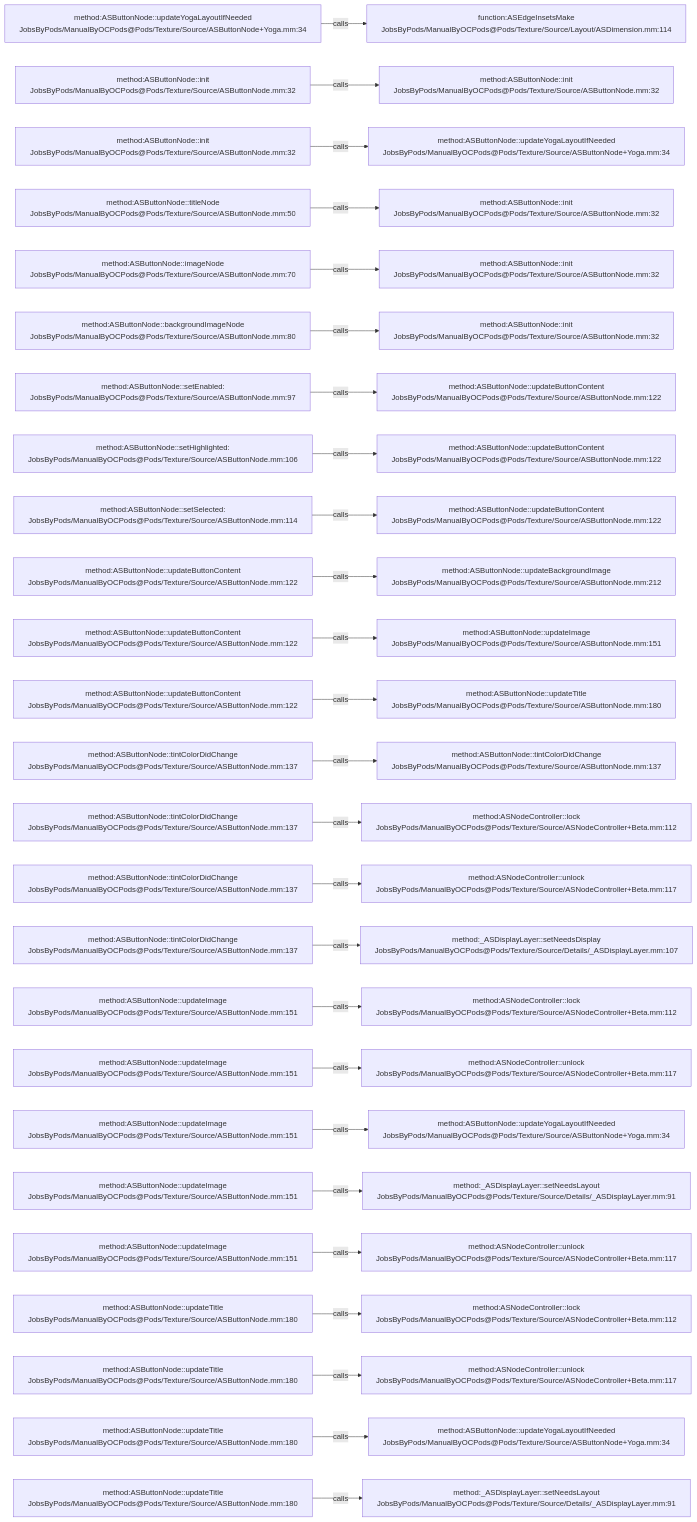
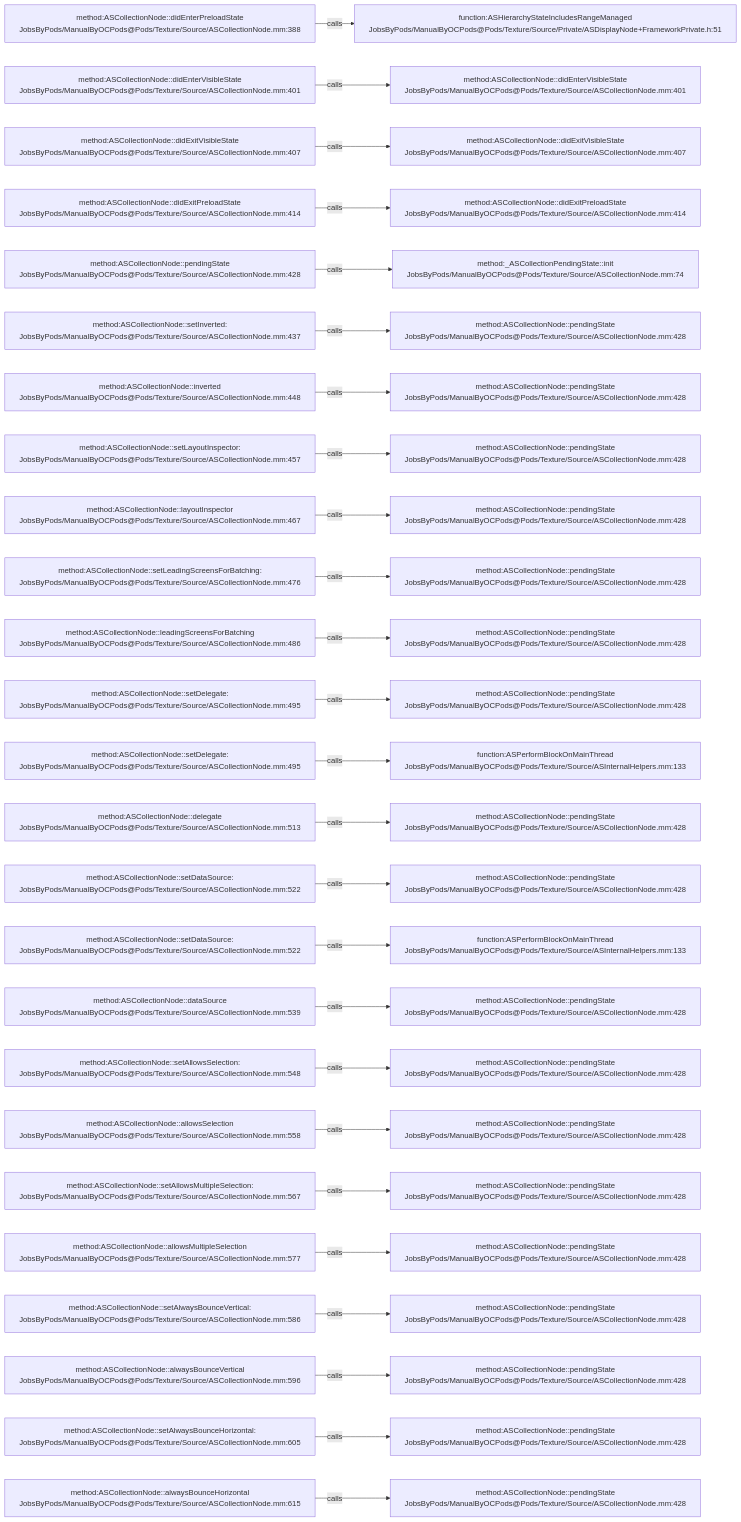
Before and after one commit to JobsKits/JobsOCBaseConfigDemo: the diagram in .codegraph/codegraph.md/graphs/calls-069.md, drawn with Mermaid. The commit also changed 1448 other files, not shown here.

````diff
--- a/.codegraph/codegraph.md/graphs/calls-069.md
+++ b/.codegraph/codegraph.md/graphs/calls-069.md
@@ -13,78 +13,78 @@
 ```mermaid
 flowchart LR
-  S1["method:ASButtonNode::updateYogaLayoutIfNeeded<br/>JobsByPods/ManualByOCPods@Pods/Texture/Source/ASButtonNode+Yoga.mm:34"]
-  T1["function:ASEdgeInsetsMake<br/>JobsByPods/ManualByOCPods@Pods/Texture/Source/Layout/ASDimension.mm:114"]
+  S1["method:ASCollectionNode::didEnterPreloadState<br/>JobsByPods/ManualByOCPods@Pods/Texture/Source/ASCollectionNode.mm:388"]
+  T1["function:ASHierarchyStateIncludesRangeManaged<br/>JobsByPods/ManualByOCPods@Pods/Texture/Source/Private/ASDisplayNode+FrameworkPrivate.h:51"]
   S1 -->|calls| T1
-  S2["method:ASButtonNode::init<br/>JobsByPods/ManualByOCPods@Pods/Texture/Source/ASButtonNode.mm:32"]
-  T2["method:ASButtonNode::init<br/>JobsByPods/ManualByOCPods@Pods/Texture/Source/ASButtonNode.mm:32"]
+  S2["method:ASCollectionNode::didEnterVisibleState<br/>JobsByPods/ManualByOCPods@Pods/Texture/Source/ASCollectionNode.mm:401"]
+  T2["method:ASCollectionNode::didEnterVisibleState<br/>JobsByPods/ManualByOCPods@Pods/Texture/Source/ASCollectionNode.mm:401"]
   S2 -->|calls| T2
-  S3["method:ASButtonNode::init<br/>JobsByPods/ManualByOCPods@Pods/Texture/Source/ASButtonNode.mm:32"]
-  T3["method:ASButtonNode::updateYogaLayoutIfNeeded<br/>JobsByPods/ManualByOCPods@Pods/Texture/Source/ASButtonNode+Yoga.mm:34"]
+  S3["method:ASCollectionNode::didExitVisibleState<br/>JobsByPods/ManualByOCPods@Pods/Texture/Source/ASCollectionNode.mm:407"]
+  T3["method:ASCollectionNode::didExitVisibleState<br/>JobsByPods/ManualByOCPods@Pods/Texture/Source/ASCollectionNode.mm:407"]
   S3 -->|calls| T3
-  S4["method:ASButtonNode::titleNode<br/>JobsByPods/ManualByOCPods@Pods/Texture/Source/ASButtonNode.mm:50"]
-  T4["method:ASButtonNode::init<br/>JobsByPods/ManualByOCPods@Pods/Texture/Source/ASButtonNode.mm:32"]
+  S4["method:ASCollectionNode::didExitPreloadState<br/>JobsByPods/ManualByOCPods@Pods/Texture/Source/ASCollectionNode.mm:414"]
+  T4["method:ASCollectionNode::didExitPreloadState<br/>JobsByPods/ManualByOCPods@Pods/Texture/Source/ASCollectionNode.mm:414"]
   S4 -->|calls| T4
-  S5["method:ASButtonNode::imageNode<br/>JobsByPods/ManualByOCPods@Pods/Texture/Source/ASButtonNode.mm:70"]
-  T5["method:ASButtonNode::init<br/>JobsByPods/ManualByOCPods@Pods/Texture/Source/ASButtonNode.mm:32"]
+  S5["method:ASCollectionNode::pendingState<br/>JobsByPods/ManualByOCPods@Pods/Texture/Source/ASCollectionNode.mm:428"]
+  T5["method:_ASCollectionPendingState::init<br/>JobsByPods/ManualByOCPods@Pods/Texture/Source/ASCollectionNode.mm:74"]
   S5 -->|calls| T5
-  S6["method:ASButtonNode::backgroundImageNode<br/>JobsByPods/ManualByOCPods@Pods/Texture/Source/ASButtonNode.mm:80"]
-  T6["method:ASButtonNode::init<br/>JobsByPods/ManualByOCPods@Pods/Texture/Source/ASButtonNode.mm:32"]
+  S6["method:ASCollectionNode::setInverted:<br/>JobsByPods/ManualByOCPods@Pods/Texture/Source/ASCollectionNode.mm:437"]
+  T6["method:ASCollectionNode::pendingState<br/>JobsByPods/ManualByOCPods@Pods/Texture/Source/ASCollectionNode.mm:428"]
   S6 -->|calls| T6
-  S7["method:ASButtonNode::setEnabled:<br/>JobsByPods/ManualByOCPods@Pods/Texture/Source/ASButtonNode.mm:97"]
-  T7["method:ASButtonNode::updateButtonContent<br/>JobsByPods/ManualByOCPods@Pods/Texture/Source/ASButtonNode.mm:122"]
+  S7["method:ASCollectionNode::inverted<br/>JobsByPods/ManualByOCPods@Pods/Texture/Source/ASCollectionNode.mm:448"]
+  T7["method:ASCollectionNode::pendingState<br/>JobsByPods/ManualByOCPods@Pods/Texture/Source/ASCollectionNode.mm:428"]
   S7 -->|calls| T7
-  S8["method:ASButtonNode::setHighlighted:<br/>JobsByPods/ManualByOCPods@Pods/Texture/Source/ASButtonNode.mm:106"]
-  T8["method:ASButtonNode::updateButtonContent<br/>JobsByPods/ManualByOCPods@Pods/Texture/Source/ASButtonNode.mm:122"]
+  S8["method:ASCollectionNode::setLayoutInspector:<br/>JobsByPods/ManualByOCPods@Pods/Texture/Source/ASCollectionNode.mm:457"]
+  T8["method:ASCollectionNode::pendingState<br/>JobsByPods/ManualByOCPods@Pods/Texture/Source/ASCollectionNode.mm:428"]
   S8 -->|calls| T8
-  S9["method:ASButtonNode::setSelected:<br/>JobsByPods/ManualByOCPods@Pods/Texture/Source/ASButtonNode.mm:114"]
-  T9["method:ASButtonNode::updateButtonContent<br/>JobsByPods/ManualByOCPods@Pods/Texture/Source/ASButtonNode.mm:122"]
+  S9["method:ASCollectionNode::layoutInspector<br/>JobsByPods/ManualByOCPods@Pods/Texture/Source/ASCollectionNode.mm:467"]
+  T9["method:ASCollectionNode::pendingState<br/>JobsByPods/ManualByOCPods@Pods/Texture/Source/ASCollectionNode.mm:428"]
   S9 -->|calls| T9
-  S10["method:ASButtonNode::updateButtonContent<br/>JobsByPods/ManualByOCPods@Pods/Texture/Source/ASButtonNode.mm:122"]
-  T10["method:ASButtonNode::updateBackgroundImage<br/>JobsByPods/ManualByOCPods@Pods/Texture/Source/ASButtonNode.mm:212"]
+  S10["method:ASCollectionNode::setLeadingScreensForBatching:<br/>JobsByPods/ManualByOCPods@Pods/Texture/Source/ASCollectionNode.mm:476"]
+  T10["method:ASCollectionNode::pendingState<br/>JobsByPods/ManualByOCPods@Pods/Texture/Source/ASCollectionNode.mm:428"]
   S10 -->|calls| T10
-  S11["method:ASButtonNode::updateButtonContent<br/>JobsByPods/ManualByOCPods@Pods/Texture/Source/ASButtonNode.mm:122"]
-  T11["method:ASButtonNode::updateImage<br/>JobsByPods/ManualByOCPods@Pods/Texture/Source/ASButtonNode.mm:151"]
+  S11["method:ASCollectionNode::leadingScreensForBatching<br/>JobsByPods/ManualByOCPods@Pods/Texture/Source/ASCollectionNode.mm:486"]
+  T11["method:ASCollectionNode::pendingState<br/>JobsByPods/ManualByOCPods@Pods/Texture/Source/ASCollectionNode.mm:428"]
   S11 -->|calls| T11
-  S12["method:ASButtonNode::updateButtonContent<br/>JobsByPods/ManualByOCPods@Pods/Texture/Source/ASButtonNode.mm:122"]
-  T12["method:ASButtonNode::updateTitle<br/>JobsByPods/ManualByOCPods@Pods/Texture/Source/ASButtonNode.mm:180"]
+  S12["method:ASCollectionNode::setDelegate:<br/>JobsByPods/ManualByOCPods@Pods/Texture/Source/ASCollectionNode.mm:495"]
+  T12["method:ASCollectionNode::pendingState<br/>JobsByPods/ManualByOCPods@Pods/Texture/Source/ASCollectionNode.mm:428"]
   S12 -->|calls| T12
-  S13["method:ASButtonNode::tintColorDidChange<br/>JobsByPods/ManualByOCPods@Pods/Texture/Source/ASButtonNode.mm:137"]
-  T13["method:ASButtonNode::tintColorDidChange<br/>JobsByPods/ManualByOCPods@Pods/Texture/Source/ASButtonNode.mm:137"]
+  S13["method:ASCollectionNode::setDelegate:<br/>JobsByPods/ManualByOCPods@Pods/Texture/Source/ASCollectionNode.mm:495"]
+  T13["function:ASPerformBlockOnMainThread<br/>JobsByPods/ManualByOCPods@Pods/Texture/Source/ASInternalHelpers.mm:133"]
   S13 -->|calls| T13
-  S14["method:ASButtonNode::tintColorDidChange<br/>JobsByPods/ManualByOCPods@Pods/Texture/Source/ASButtonNode.mm:137"]
-  T14["method:ASNodeController::lock<br/>JobsByPods/ManualByOCPods@Pods/Texture/Source/ASNodeController+Beta.mm:112"]
+  S14["method:ASCollectionNode::delegate<br/>JobsByPods/ManualByOCPods@Pods/Texture/Source/ASCollectionNode.mm:513"]
+  T14["method:ASCollectionNode::pendingState<br/>JobsByPods/ManualByOCPods@Pods/Texture/Source/ASCollectionNode.mm:428"]
   S14 -->|calls| T14
-  S15["method:ASButtonNode::tintColorDidChange<br/>JobsByPods/ManualByOCPods@Pods/Texture/Source/ASButtonNode.mm:137"]
-  T15["method:ASNodeController::unlock<br/>JobsByPods/ManualByOCPods@Pods/Texture/Source/ASNodeController+Beta.mm:117"]
+  S15["method:ASCollectionNode::setDataSource:<br/>JobsByPods/ManualByOCPods@Pods/Texture/Source/ASCollectionNode.mm:522"]
+  T15["method:ASCollectionNode::pendingState<br/>JobsByPods/ManualByOCPods@Pods/Texture/Source/ASCollectionNode.mm:428"]
   S15 -->|calls| T15
-  S16["method:ASButtonNode::tintColorDidChange<br/>JobsByPods/ManualByOCPods@Pods/Texture/Source/ASButtonNode.mm:137"]
-  T16["method:_ASDisplayLayer::setNeedsDisplay<br/>JobsByPods/ManualByOCPods@Pods/Texture/Source/Details/_ASDisplayLayer.mm:107"]
+  S16["method:ASCollectionNode::setDataSource:<br/>JobsByPods/ManualByOCPods@Pods/Texture/Source/ASCollectionNode.mm:522"]
+  T16["function:ASPerformBlockOnMainThread<br/>JobsByPods/ManualByOCPods@Pods/Texture/Source/ASInternalHelpers.mm:133"]
   S16 -->|calls| T16
-  S17["method:ASButtonNode::updateImage<br/>JobsByPods/ManualByOCPods@Pods/Texture/Source/ASButtonNode.mm:151"]
-  T17["method:ASNodeController::lock<br/>JobsByPods/ManualByOCPods@Pods/Texture/Source/ASNodeController+Beta.mm:112"]
+  S17["method:ASCollectionNode::dataSource<br/>JobsByPods/ManualByOCPods@Pods/Texture/Source/ASCollectionNode.mm:539"]
+  T17["method:ASCollectionNode::pendingState<br/>JobsByPods/ManualByOCPods@Pods/Texture/Source/ASCollectionNode.mm:428"]
   S17 -->|calls| T17
-  S18["method:ASButtonNode::updateImage<br/>JobsByPods/ManualByOCPods@Pods/Texture/Source/ASButtonNode.mm:151"]
-  T18["method:ASNodeController::unlock<br/>JobsByPods/ManualByOCPods@Pods/Texture/Source/ASNodeController+Beta.mm:117"]
+  S18["method:ASCollectionNode::setAllowsSelection:<br/>JobsByPods/ManualByOCPods@Pods/Texture/Source/ASCollectionNode.mm:548"]
+  T18["method:ASCollectionNode::pendingState<br/>JobsByPods/ManualByOCPods@Pods/Texture/Source/ASCollectionNode.mm:428"]
   S18 -->|calls| T18
-  S19["method:ASButtonNode::updateImage<br/>JobsByPods/ManualByOCPods@Pods/Texture/Source/ASButtonNode.mm:151"]
-  T19["method:ASButtonNode::updateYogaLayoutIfNeeded<br/>JobsByPods/ManualByOCPods@Pods/Texture/Source/ASButtonNode+Yoga.mm:34"]
+  S19["method:ASCollectionNode::allowsSelection<br/>JobsByPods/ManualByOCPods@Pods/Texture/Source/ASCollectionNode.mm:558"]
+  T19["method:ASCollectionNode::pendingState<br/>JobsByPods/ManualByOCPods@Pods/Texture/Source/ASCollectionNode.mm:428"]
   S19 -->|calls| T19
-  S20["method:ASButtonNode::updateImage<br/>JobsByPods/ManualByOCPods@Pods/Texture/Source/ASButtonNode.mm:151"]
-  T20["method:_ASDisplayLayer::setNeedsLayout<br/>JobsByPods/ManualByOCPods@Pods/Texture/Source/Details/_ASDisplayLayer.mm:91"]
+  S20["method:ASCollectionNode::setAllowsMultipleSelection:<br/>JobsByPods/ManualByOCPods@Pods/Texture/Source/ASCollectionNode.mm:567"]
+  T20["method:ASCollectionNode::pendingState<br/>JobsByPods/ManualByOCPods@Pods/Texture/Source/ASCollectionNode.mm:428"]
   S20 -->|calls| T20
-  S21["method:ASButtonNode::updateImage<br/>JobsByPods/ManualByOCPods@Pods/Texture/Source/ASButtonNode.mm:151"]
-  T21["method:ASNodeController::unlock<br/>JobsByPods/ManualByOCPods@Pods/Texture/Source/ASNodeController+Beta.mm:117"]
+  S21["method:ASCollectionNode::allowsMultipleSelection<br/>JobsByPods/ManualByOCPods@Pods/Texture/Source/ASCollectionNode.mm:577"]
+  T21["method:ASCollectionNode::pendingState<br/>JobsByPods/ManualByOCPods@Pods/Texture/Source/ASCollectionNode.mm:428"]
   S21 -->|calls| T21
-  S22["method:ASButtonNode::updateTitle<br/>JobsByPods/ManualByOCPods@Pods/Texture/Source/ASButtonNode.mm:180"]
-  T22["method:ASNodeController::lock<br/>JobsByPods/ManualByOCPods@Pods/Texture/Source/ASNodeController+Beta.mm:112"]
+  S22["method:ASCollectionNode::setAlwaysBounceVertical:<br/>JobsByPods/ManualByOCPods@Pods/Texture/Source/ASCollectionNode.mm:586"]
+  T22["method:ASCollectionNode::pendingState<br/>JobsByPods/ManualByOCPods@Pods/Texture/Source/ASCollectionNode.mm:428"]
   S22 -->|calls| T22
-  S23["method:ASButtonNode::updateTitle<br/>JobsByPods/ManualByOCPods@Pods/Texture/Source/ASButtonNode.mm:180"]
-  T23["method:ASNodeController::unlock<br/>JobsByPods/ManualByOCPods@Pods/Texture/Source/ASNodeController+Beta.mm:117"]
+  S23["method:ASCollectionNode::alwaysBounceVertical<br/>JobsByPods/ManualByOCPods@Pods/Texture/Source/ASCollectionNode.mm:596"]
+  T23["method:ASCollectionNode::pendingState<br/>JobsByPods/ManualByOCPods@Pods/Texture/Source/ASCollectionNode.mm:428"]
   S23 -->|calls| T23
-  S24["method:ASButtonNode::updateTitle<br/>JobsByPods/ManualByOCPods@Pods/Texture/Source/ASButtonNode.mm:180"]
-  T24["method:ASButtonNode::updateYogaLayoutIfNeeded<br/>JobsByPods/ManualByOCPods@Pods/Texture/Source/ASButtonNode+Yoga.mm:34"]
+  S24["method:ASCollectionNode::setAlwaysBounceHorizontal:<br/>JobsByPods/ManualByOCPods@Pods/Texture/Source/ASCollectionNode.mm:605"]
+  T24["method:ASCollectionNode::pendingState<br/>JobsByPods/ManualByOCPods@Pods/Texture/Source/ASCollectionNode.mm:428"]
   S24 -->|calls| T24
-  S25["method:ASButtonNode::updateTitle<br/>JobsByPods/ManualByOCPods@Pods/Texture/Source/ASButtonNode.mm:180"]
-  T25["method:_ASDisplayLayer::setNeedsLayout<br/>JobsByPods/ManualByOCPods@Pods/Texture/Source/Details/_ASDisplayLayer.mm:91"]
+  S25["method:ASCollectionNode::alwaysBounceHorizontal<br/>JobsByPods/ManualByOCPods@Pods/Texture/Source/ASCollectionNode.mm:615"]
+  T25["method:ASCollectionNode::pendingState<br/>JobsByPods/ManualByOCPods@Pods/Texture/Source/ASCollectionNode.mm:428"]
   S25 -->|calls| T25
 ```
````
